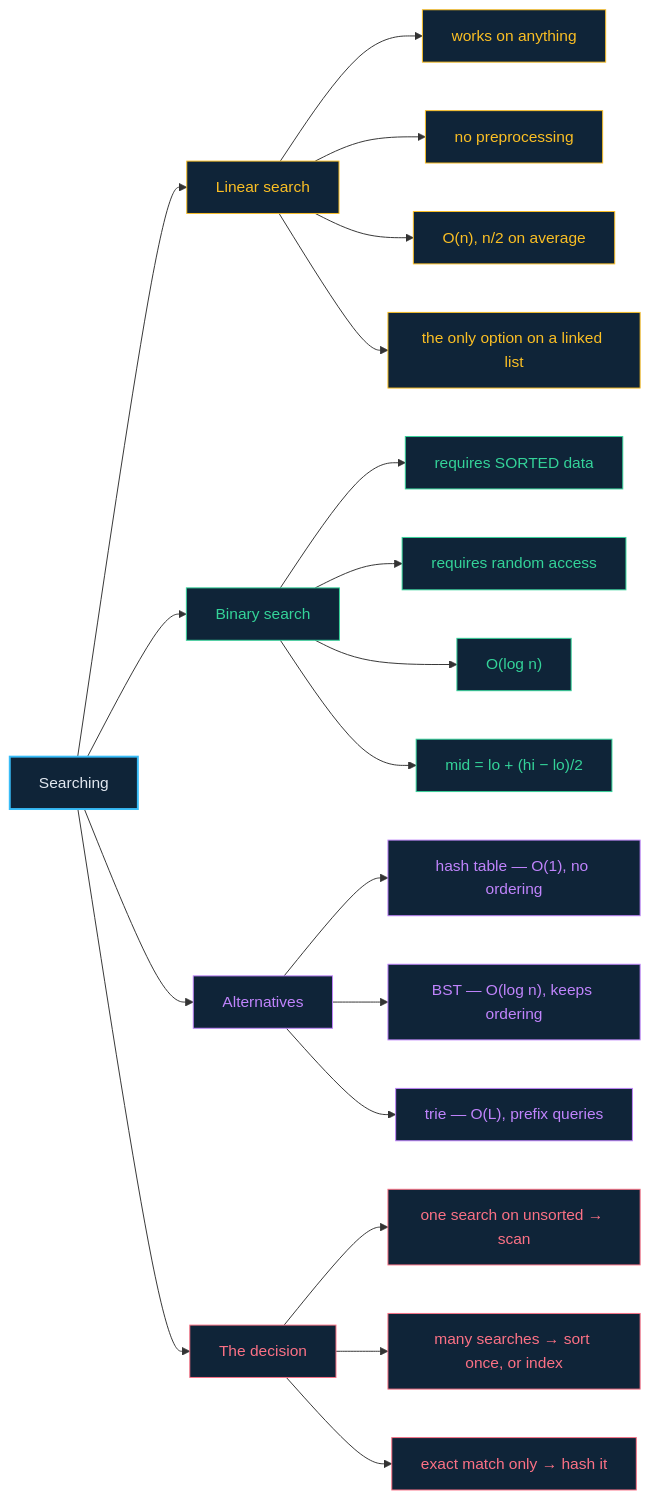
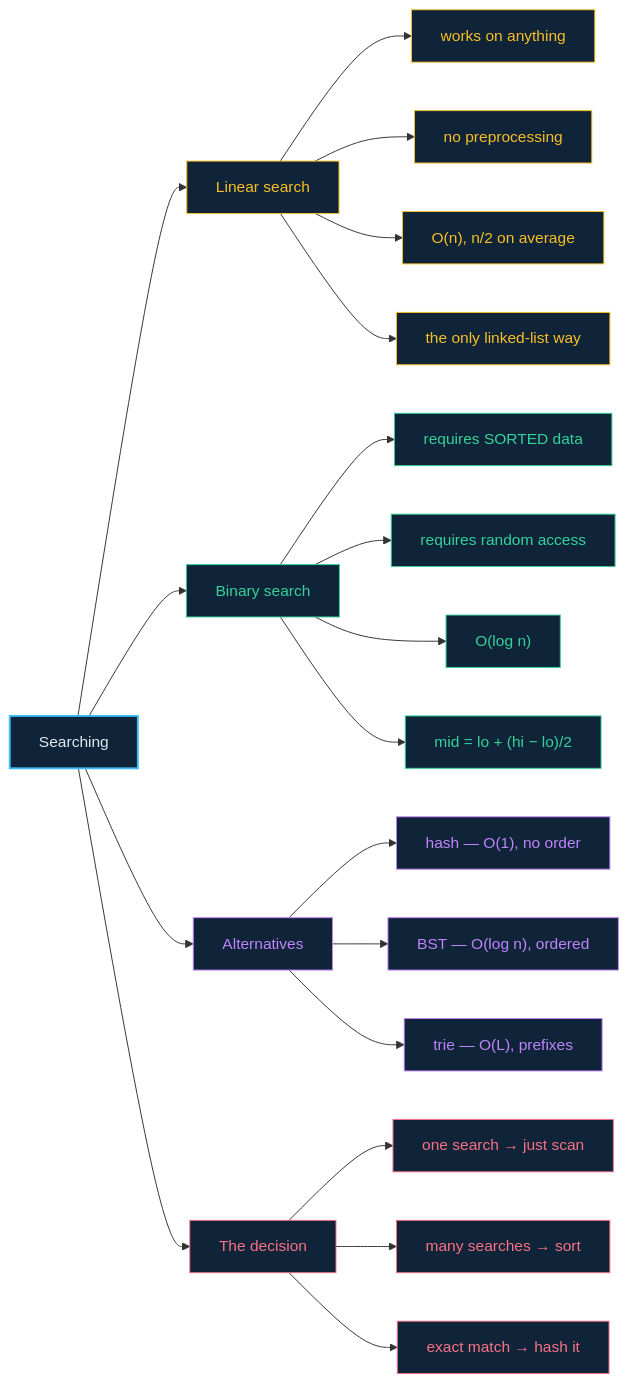
The diagram in docs/14-searching.md (rajeshgoyalg/Learn-Data-Structures-and-Algorithms-Visually), drawn with Mermaid before and after one commit. The commit also changed 21 other files, not shown here.

First line of the commit message:
Shorten every mermaid label so diagrams cannot overflow and clip

````diff
--- a/docs/14-searching.md
+++ b/docs/14-searching.md
@@ -40,36 +40,36 @@
 ```mermaid
 flowchart LR
   S["Searching"] --> L["Linear search"]
   S --> B["Binary search"]
   S --> A["Alternatives"]
   S --> D["The decision"]
 
   L --> L1["works on anything"]
   L --> L2["no preprocessing"]
   L --> L3["O(n), n/2 on average"]
-  L --> L4["the only option on a linked list"]
+  L --> L4["the only linked-list way"]
 
   B --> B1["requires SORTED data"]
   B --> B2["requires random access"]
   B --> B3["O(log n)"]
   B --> B4["mid = lo + (hi − lo)/2"]
 
-  A --> A1["hash table — O(1), no ordering"]
-  A --> A2["BST — O(log n), keeps ordering"]
-  A --> A3["trie — O(L), prefix queries"]
+  A --> A1["hash — O(1), no order"]
+  A --> A2["BST — O(log n), ordered"]
+  A --> A3["trie — O(L), prefixes"]
 
-  D --> D1["one search on unsorted → scan"]
-  D --> D2["many searches → sort once, or index"]
-  D --> D3["exact match only → hash it"]
+  D --> D1["one search → just scan"]
+  D --> D2["many searches → sort"]
+  D --> D3["exact match → hash it"]
 
   classDef root fill:#0f2438,stroke:#38bdf8,stroke-width:2px,color:#e2e8f0
   classDef l fill:#0f2438,stroke:#fbbf24,color:#fbbf24
   classDef b fill:#0f2438,stroke:#34d399,color:#34d399
   classDef a fill:#0f2438,stroke:#c084fc,color:#c084fc
   classDef d fill:#0f2438,stroke:#fb7185,color:#fb7185
   class S root
   class L,L1,L2,L3,L4 l
   class B,B1,B2,B3,B4 b
   class A,A1,A2,A3 a
   class D,D1,D2,D3 d
 ```
````
